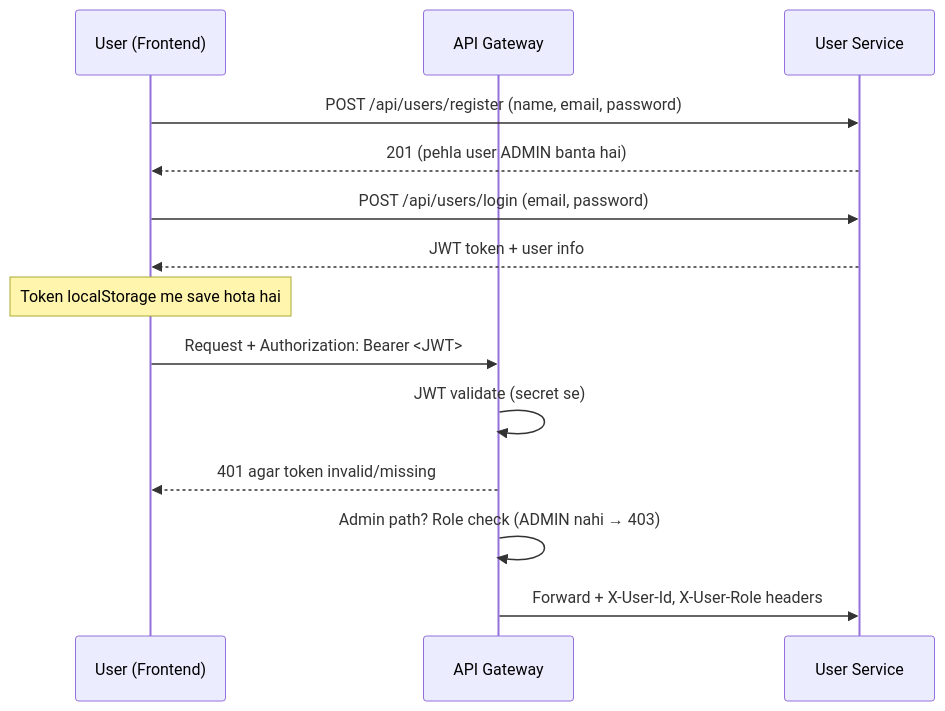
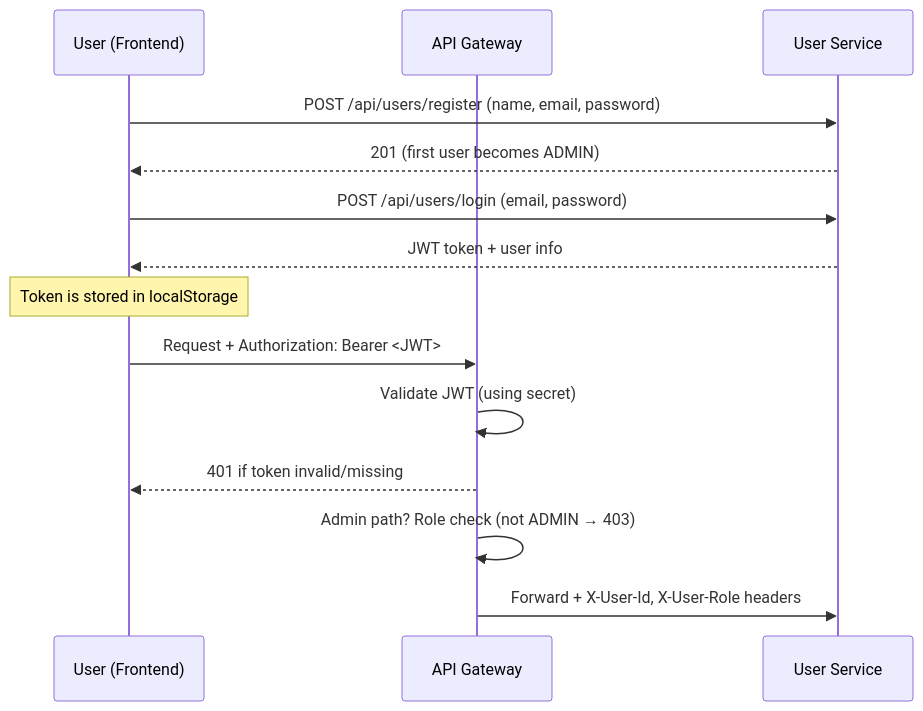
One commit to shubhamdagar9854/OrderPulse changed the second of 8 diagrams in README.md. Above: the diagram before and after it, drawn with Mermaid. The commit also changed other lines of this file, not shown here.

````diff
--- a/README.md
+++ b/README.md
@@ -107,17 +107,17 @@
 ```mermaid
 sequenceDiagram
     participant U as User (Frontend)
     participant GW as API Gateway
     participant US as User Service
 
     U->>US: POST /api/users/register (name, email, password)
-    US-->>U: 201 (pehla user ADMIN banta hai)
+    US-->>U: 201 (first user becomes ADMIN)
     U->>US: POST /api/users/login (email, password)
     US-->>U: JWT token + user info
-    Note over U: Token localStorage me save hota hai
+    Note over U: Token is stored in localStorage
     U->>GW: Request + Authorization: Bearer <JWT>
-    GW->>GW: JWT validate (secret se)
-    GW-->>U: 401 agar token invalid/missing
-    GW->>GW: Admin path? Role check (ADMIN nahi → 403)
+    GW->>GW: Validate JWT (using secret)
+    GW-->>U: 401 if token invalid/missing
+    GW->>GW: Admin path? Role check (not ADMIN → 403)
     GW->>US: Forward + X-User-Id, X-User-Role headers
 ```
````
